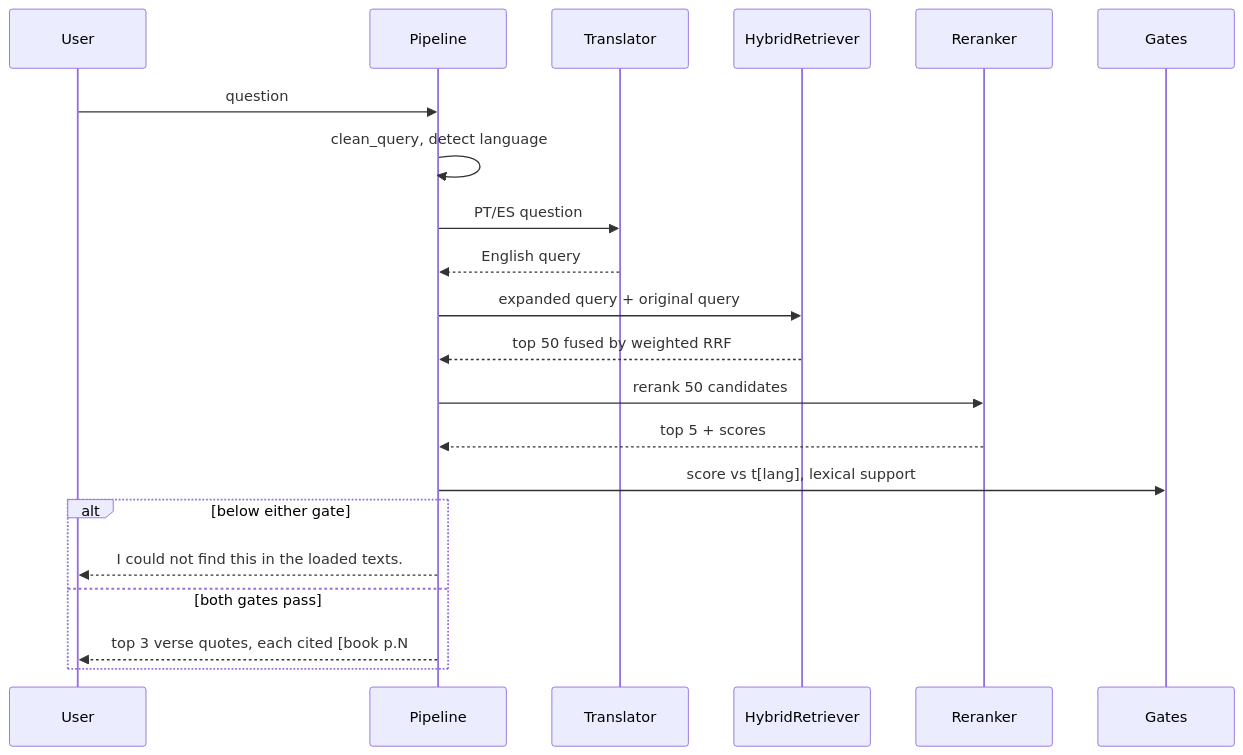
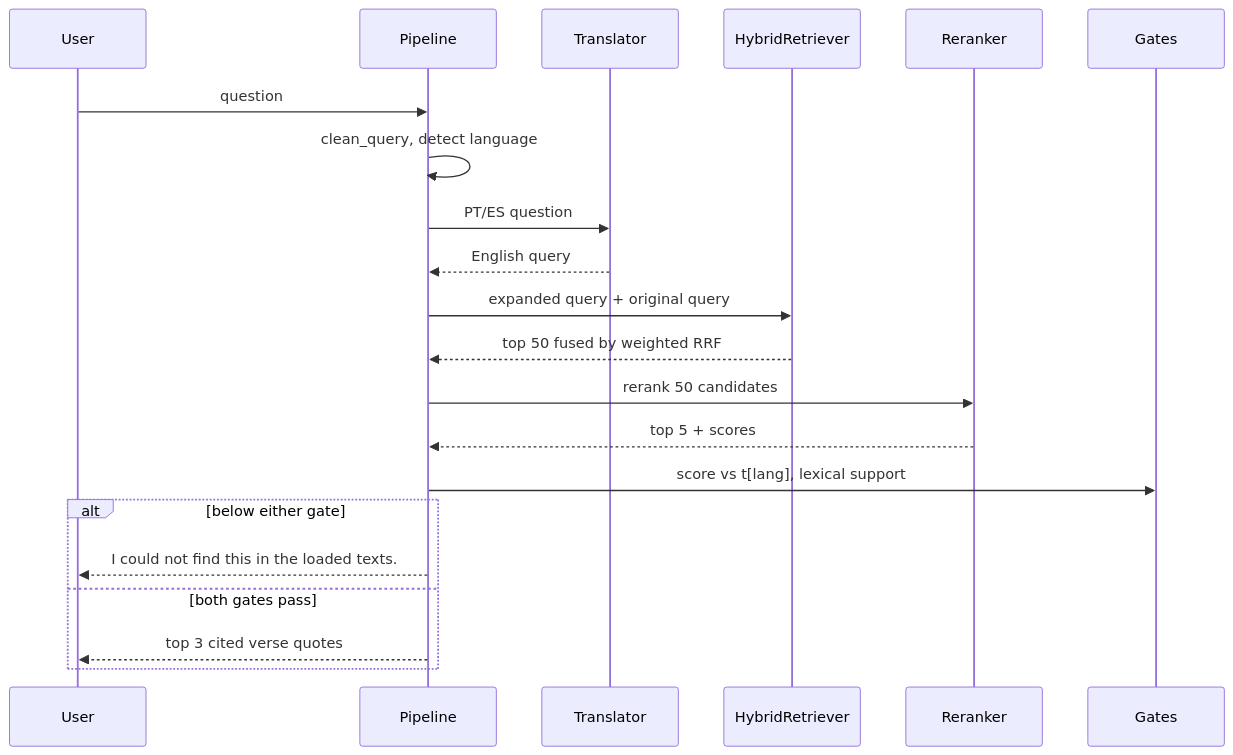
One commit to IgorCSIS/scripture-rag changed the fourth of 9 diagrams in docs/ARCHITECTURE.md. Above: the diagram before and after it, drawn with Mermaid. The commit also changed 1 other file, not shown here.

Commit message:
README: full-width browser charts, shorter sequence labels, PRD range

````diff
--- a/docs/ARCHITECTURE.md
+++ b/docs/ARCHITECTURE.md
@@ -66,23 +66,23 @@
 ```mermaid
 sequenceDiagram
   participant U as User
   participant P as Pipeline
   participant T as Translator
   participant R as HybridRetriever
   participant RR as Reranker
   participant G as Gates
   U->>P: question
   P->>P: clean_query, detect language
   P->>T: PT/ES question
   T-->>P: English query
   P->>R: expanded query + original query
   R-->>P: top 50 fused by weighted RRF
   P->>RR: rerank 50 candidates
   RR-->>P: top 5 + scores
   P->>G: score vs t[lang], lexical support
   alt below either gate
     P-->>U: I could not find this in the loaded texts.
   else both gates pass
-    P-->>U: top 3 verse quotes, each cited [book p.N #id]
+    P-->>U: top 3 cited verse quotes
   end
 ```
````
